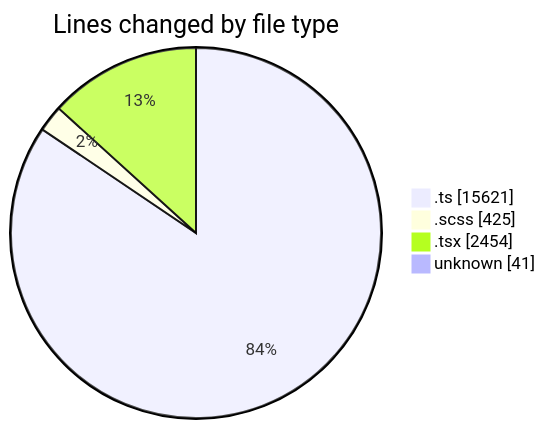
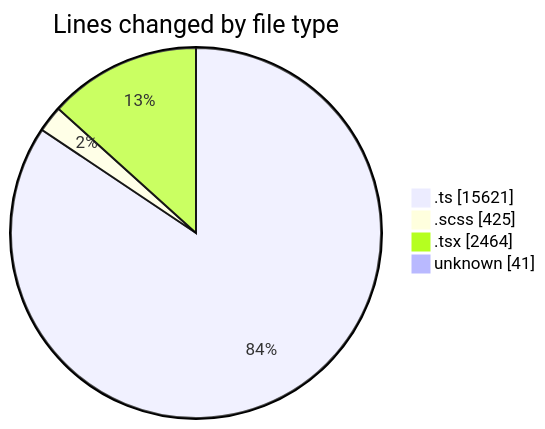
The first of 2 diagrams in 2025-08-27/cda/README.md (momahboobian/code-tracking), drawn with Mermaid before and after one commit. The commit also changed other lines of this file and 1 other file, not shown here.

````diff
--- a/2025-08-27/cda/README.md
+++ b/2025-08-27/cda/README.md
@@ -35,8 +35,8 @@
 ```mermaid
 pie showData
 title Lines changed by file type
 ".ts" : 15621
 ".scss" : 425
-".tsx" : 2454
+".tsx" : 2464
 "unknown" : 41
 ```
````
